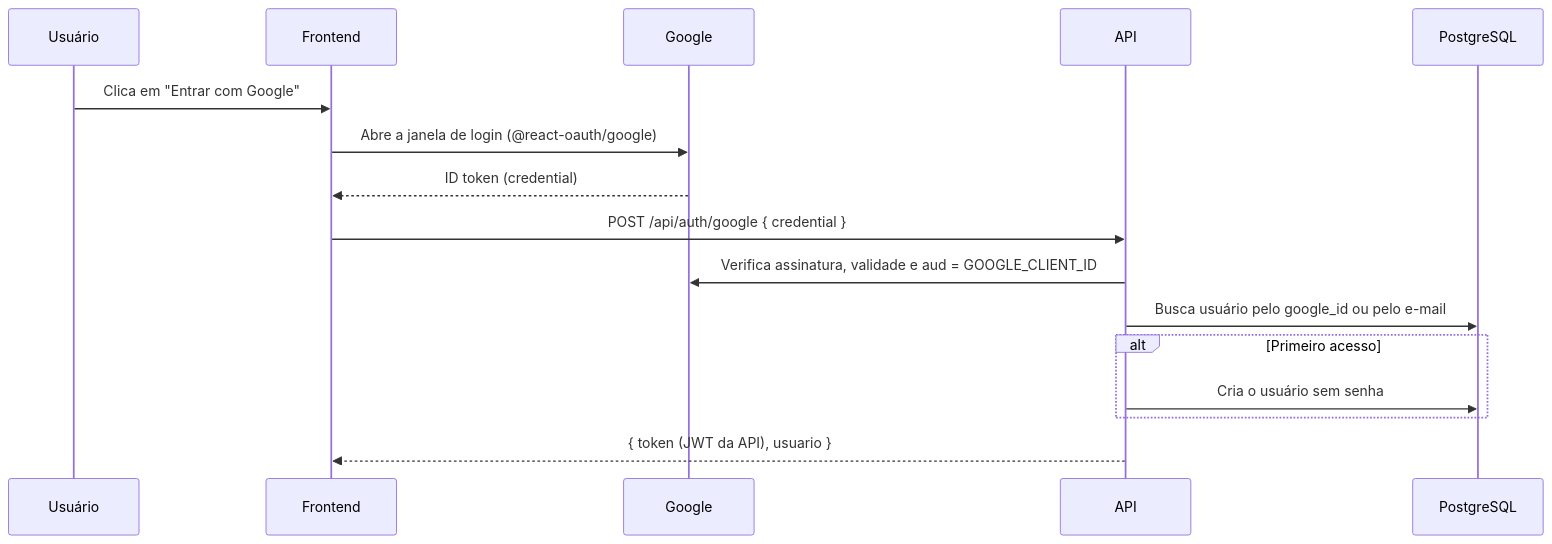
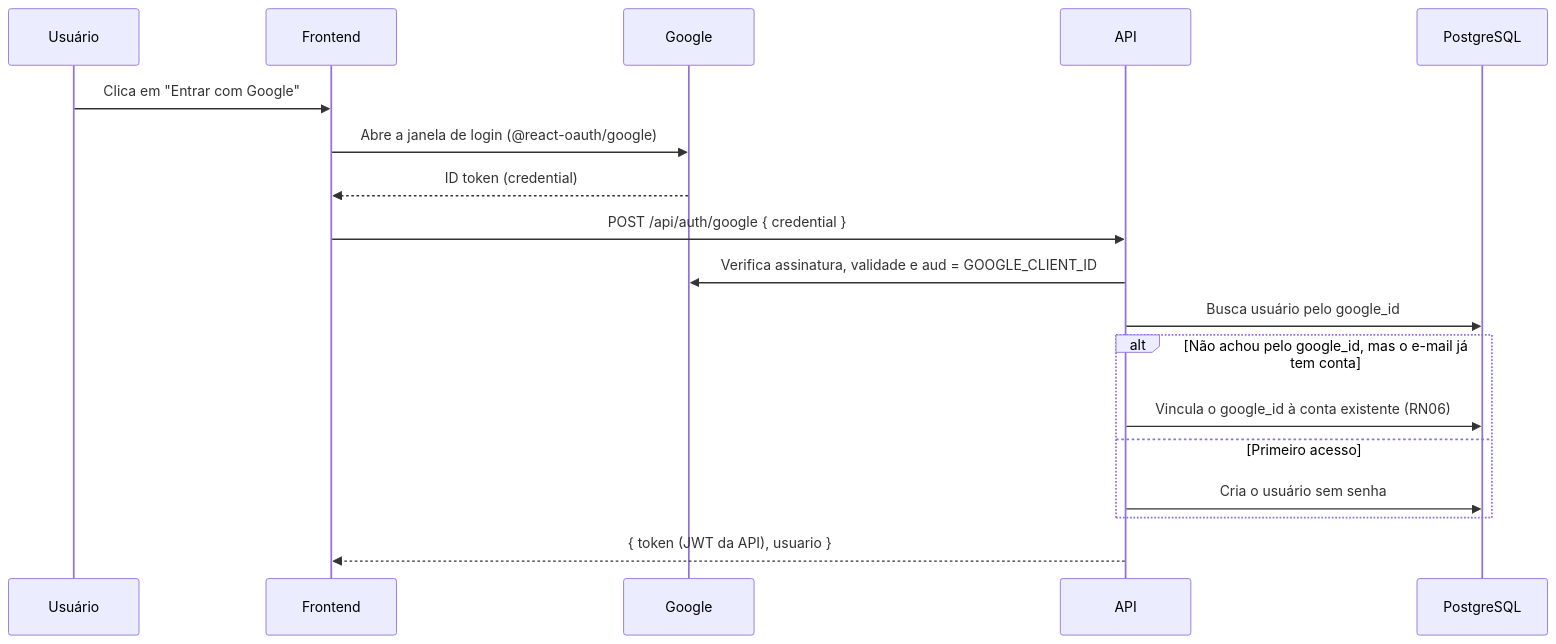
The second of 2 diagrams in docs/arquitetura-sistema.md (lodestaarz/Projeto-Oficina2), drawn with Mermaid before and after one commit. The commit also changed other lines of this file, not shown here.

````diff
--- a/docs/arquitetura-sistema.md
+++ b/docs/arquitetura-sistema.md
@@ -116,19 +125,21 @@
 ```mermaid
 sequenceDiagram
     participant U as Usuário
     participant F as Frontend
     participant G as Google
     participant A as API
     participant D as PostgreSQL
 
     U->>F: Clica em "Entrar com Google"
     F->>G: Abre a janela de login (@react-oauth/google)
     G-->>F: ID token (credential)
     F->>A: POST /api/auth/google { credential }
     A->>G: Verifica assinatura, validade e aud = GOOGLE_CLIENT_ID
-    A->>D: Busca usuário pelo google_id ou pelo e-mail
-    alt Primeiro acesso
+    A->>D: Busca usuário pelo google_id
+    alt Não achou pelo google_id, mas o e-mail já tem conta
+        A->>D: Vincula o google_id à conta existente (RN06)
+    else Primeiro acesso
         A->>D: Cria o usuário sem senha
     end
     A-->>F: { token (JWT da API), usuario }
 ```
````
